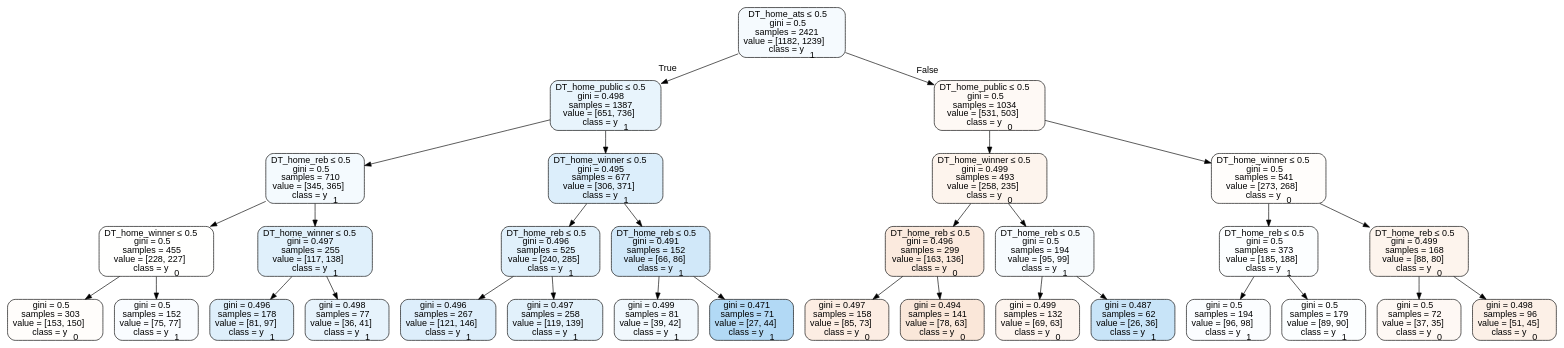
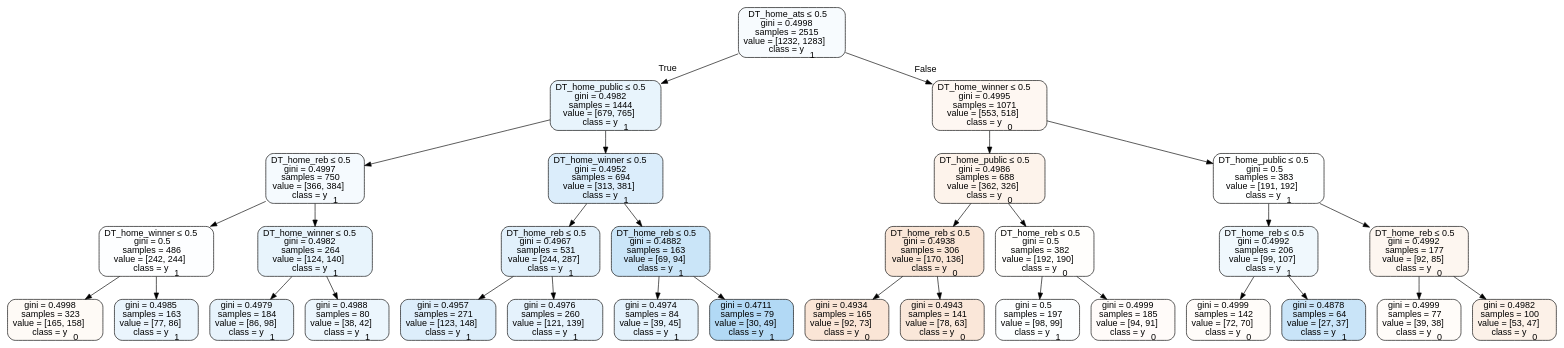
Before and after one commit to usbogie/ncaa-bets: the diagram in Basketball/data/trees/tree2012neutral.dot, drawn with Graphviz. The commit also changed 41 other files, not shown here.

```diff
--- a/Basketball/data/trees/tree2012neutral.dot
+++ b/Basketball/data/trees/tree2012neutral.dot
@@ -1,65 +1,65 @@
 digraph Tree {
 node [shape=box, style="filled, rounded", color="black", fontname=helvetica] ;
 edge [fontname=helvetica] ;
-0 [label=<DT_home_ats &le; 0.5<br/>gini = 0.5<br/>samples = 2421<br/>value = [1182, 1239]<br/>class = y<SUB>1</SUB>>, fillcolor="#399de50c"] ;
-1 [label=<DT_home_public &le; 0.5<br/>gini = 0.498<br/>samples = 1387<br/>value = [651, 736]<br/>class = y<SUB>1</SUB>>, fillcolor="#399de51d"] ;
+0 [label=<DT_home_ats &le; 0.5<br/>gini = 0.4998<br/>samples = 2515<br/>value = [1232, 1283]<br/>class = y<SUB>1</SUB>>, fillcolor="#399de50a"] ;
+1 [label=<DT_home_public &le; 0.5<br/>gini = 0.4982<br/>samples = 1444<br/>value = [679, 765]<br/>class = y<SUB>1</SUB>>, fillcolor="#399de51d"] ;
 0 -> 1 [labeldistance=2.5, labelangle=45, headlabel="True"] ;
-2 [label=<DT_home_reb &le; 0.5<br/>gini = 0.5<br/>samples = 710<br/>value = [345, 365]<br/>class = y<SUB>1</SUB>>, fillcolor="#399de50e"] ;
+2 [label=<DT_home_reb &le; 0.5<br/>gini = 0.4997<br/>samples = 750<br/>value = [366, 384]<br/>class = y<SUB>1</SUB>>, fillcolor="#399de50c"] ;
 1 -> 2 ;
-3 [label=<DT_home_winner &le; 0.5<br/>gini = 0.5<br/>samples = 455<br/>value = [228, 227]<br/>class = y<SUB>0</SUB>>, fillcolor="#e5813901"] ;
+3 [label=<DT_home_winner &le; 0.5<br/>gini = 0.5<br/>samples = 486<br/>value = [242, 244]<br/>class = y<SUB>1</SUB>>, fillcolor="#399de502"] ;
 2 -> 3 ;
-4 [label=<gini = 0.5<br/>samples = 303<br/>value = [153, 150]<br/>class = y<SUB>0</SUB>>, fillcolor="#e5813905"] ;
+4 [label=<gini = 0.4998<br/>samples = 323<br/>value = [165, 158]<br/>class = y<SUB>0</SUB>>, fillcolor="#e581390b"] ;
 3 -> 4 ;
-5 [label=<gini = 0.5<br/>samples = 152<br/>value = [75, 77]<br/>class = y<SUB>1</SUB>>, fillcolor="#399de507"] ;
+5 [label=<gini = 0.4985<br/>samples = 163<br/>value = [77, 86]<br/>class = y<SUB>1</SUB>>, fillcolor="#399de51b"] ;
 3 -> 5 ;
-6 [label=<DT_home_winner &le; 0.5<br/>gini = 0.497<br/>samples = 255<br/>value = [117, 138]<br/>class = y<SUB>1</SUB>>, fillcolor="#399de527"] ;
+6 [label=<DT_home_winner &le; 0.5<br/>gini = 0.4982<br/>samples = 264<br/>value = [124, 140]<br/>class = y<SUB>1</SUB>>, fillcolor="#399de51d"] ;
 2 -> 6 ;
-7 [label=<gini = 0.496<br/>samples = 178<br/>value = [81, 97]<br/>class = y<SUB>1</SUB>>, fillcolor="#399de52a"] ;
+7 [label=<gini = 0.4979<br/>samples = 184<br/>value = [86, 98]<br/>class = y<SUB>1</SUB>>, fillcolor="#399de51f"] ;
 6 -> 7 ;
-8 [label=<gini = 0.498<br/>samples = 77<br/>value = [36, 41]<br/>class = y<SUB>1</SUB>>, fillcolor="#399de51f"] ;
+8 [label=<gini = 0.4988<br/>samples = 80<br/>value = [38, 42]<br/>class = y<SUB>1</SUB>>, fillcolor="#399de518"] ;
 6 -> 8 ;
-9 [label=<DT_home_winner &le; 0.5<br/>gini = 0.495<br/>samples = 677<br/>value = [306, 371]<br/>class = y<SUB>1</SUB>>, fillcolor="#399de52d"] ;
+9 [label=<DT_home_winner &le; 0.5<br/>gini = 0.4952<br/>samples = 694<br/>value = [313, 381]<br/>class = y<SUB>1</SUB>>, fillcolor="#399de52e"] ;
 1 -> 9 ;
-10 [label=<DT_home_reb &le; 0.5<br/>gini = 0.496<br/>samples = 525<br/>value = [240, 285]<br/>class = y<SUB>1</SUB>>, fillcolor="#399de528"] ;
+10 [label=<DT_home_reb &le; 0.5<br/>gini = 0.4967<br/>samples = 531<br/>value = [244, 287]<br/>class = y<SUB>1</SUB>>, fillcolor="#399de526"] ;
 9 -> 10 ;
-11 [label=<gini = 0.496<br/>samples = 267<br/>value = [121, 146]<br/>class = y<SUB>1</SUB>>, fillcolor="#399de52c"] ;
+11 [label=<gini = 0.4957<br/>samples = 271<br/>value = [123, 148]<br/>class = y<SUB>1</SUB>>, fillcolor="#399de52b"] ;
 10 -> 11 ;
-12 [label=<gini = 0.497<br/>samples = 258<br/>value = [119, 139]<br/>class = y<SUB>1</SUB>>, fillcolor="#399de525"] ;
+12 [label=<gini = 0.4976<br/>samples = 260<br/>value = [121, 139]<br/>class = y<SUB>1</SUB>>, fillcolor="#399de521"] ;
 10 -> 12 ;
-13 [label=<DT_home_reb &le; 0.5<br/>gini = 0.491<br/>samples = 152<br/>value = [66, 86]<br/>class = y<SUB>1</SUB>>, fillcolor="#399de53b"] ;
+13 [label=<DT_home_reb &le; 0.5<br/>gini = 0.4882<br/>samples = 163<br/>value = [69, 94]<br/>class = y<SUB>1</SUB>>, fillcolor="#399de544"] ;
 9 -> 13 ;
-14 [label=<gini = 0.499<br/>samples = 81<br/>value = [39, 42]<br/>class = y<SUB>1</SUB>>, fillcolor="#399de512"] ;
+14 [label=<gini = 0.4974<br/>samples = 84<br/>value = [39, 45]<br/>class = y<SUB>1</SUB>>, fillcolor="#399de522"] ;
 13 -> 14 ;
-15 [label=<gini = 0.471<br/>samples = 71<br/>value = [27, 44]<br/>class = y<SUB>1</SUB>>, fillcolor="#399de563"] ;
+15 [label=<gini = 0.4711<br/>samples = 79<br/>value = [30, 49]<br/>class = y<SUB>1</SUB>>, fillcolor="#399de563"] ;
 13 -> 15 ;
-16 [label=<DT_home_public &le; 0.5<br/>gini = 0.5<br/>samples = 1034<br/>value = [531, 503]<br/>class = y<SUB>0</SUB>>, fillcolor="#e581390d"] ;
+16 [label=<DT_home_winner &le; 0.5<br/>gini = 0.4995<br/>samples = 1071<br/>value = [553, 518]<br/>class = y<SUB>0</SUB>>, fillcolor="#e5813910"] ;
 0 -> 16 [labeldistance=2.5, labelangle=-45, headlabel="False"] ;
-17 [label=<DT_home_winner &le; 0.5<br/>gini = 0.499<br/>samples = 493<br/>value = [258, 235]<br/>class = y<SUB>0</SUB>>, fillcolor="#e5813917"] ;
+17 [label=<DT_home_public &le; 0.5<br/>gini = 0.4986<br/>samples = 688<br/>value = [362, 326]<br/>class = y<SUB>0</SUB>>, fillcolor="#e5813919"] ;
 16 -> 17 ;
-18 [label=<DT_home_reb &le; 0.5<br/>gini = 0.496<br/>samples = 299<br/>value = [163, 136]<br/>class = y<SUB>0</SUB>>, fillcolor="#e581392a"] ;
+18 [label=<DT_home_reb &le; 0.5<br/>gini = 0.4938<br/>samples = 306<br/>value = [170, 136]<br/>class = y<SUB>0</SUB>>, fillcolor="#e5813933"] ;
 17 -> 18 ;
-19 [label=<gini = 0.497<br/>samples = 158<br/>value = [85, 73]<br/>class = y<SUB>0</SUB>>, fillcolor="#e5813924"] ;
+19 [label=<gini = 0.4934<br/>samples = 165<br/>value = [92, 73]<br/>class = y<SUB>0</SUB>>, fillcolor="#e5813935"] ;
 18 -> 19 ;
-20 [label=<gini = 0.494<br/>samples = 141<br/>value = [78, 63]<br/>class = y<SUB>0</SUB>>, fillcolor="#e5813931"] ;
+20 [label=<gini = 0.4943<br/>samples = 141<br/>value = [78, 63]<br/>class = y<SUB>0</SUB>>, fillcolor="#e5813931"] ;
 18 -> 20 ;
-21 [label=<DT_home_reb &le; 0.5<br/>gini = 0.5<br/>samples = 194<br/>value = [95, 99]<br/>class = y<SUB>1</SUB>>, fillcolor="#399de50a"] ;
+21 [label=<DT_home_reb &le; 0.5<br/>gini = 0.5<br/>samples = 382<br/>value = [192, 190]<br/>class = y<SUB>0</SUB>>, fillcolor="#e5813903"] ;
 17 -> 21 ;
-22 [label=<gini = 0.499<br/>samples = 132<br/>value = [69, 63]<br/>class = y<SUB>0</SUB>>, fillcolor="#e5813916"] ;
+22 [label=<gini = 0.5<br/>samples = 197<br/>value = [98, 99]<br/>class = y<SUB>1</SUB>>, fillcolor="#399de503"] ;
 21 -> 22 ;
-23 [label=<gini = 0.487<br/>samples = 62<br/>value = [26, 36]<br/>class = y<SUB>1</SUB>>, fillcolor="#399de547"] ;
+23 [label=<gini = 0.4999<br/>samples = 185<br/>value = [94, 91]<br/>class = y<SUB>0</SUB>>, fillcolor="#e5813908"] ;
 21 -> 23 ;
-24 [label=<DT_home_winner &le; 0.5<br/>gini = 0.5<br/>samples = 541<br/>value = [273, 268]<br/>class = y<SUB>0</SUB>>, fillcolor="#e5813905"] ;
+24 [label=<DT_home_public &le; 0.5<br/>gini = 0.5<br/>samples = 383<br/>value = [191, 192]<br/>class = y<SUB>1</SUB>>, fillcolor="#399de501"] ;
 16 -> 24 ;
-25 [label=<DT_home_reb &le; 0.5<br/>gini = 0.5<br/>samples = 373<br/>value = [185, 188]<br/>class = y<SUB>1</SUB>>, fillcolor="#399de504"] ;
+25 [label=<DT_home_reb &le; 0.5<br/>gini = 0.4992<br/>samples = 206<br/>value = [99, 107]<br/>class = y<SUB>1</SUB>>, fillcolor="#399de513"] ;
 24 -> 25 ;
-26 [label=<gini = 0.5<br/>samples = 194<br/>value = [96, 98]<br/>class = y<SUB>1</SUB>>, fillcolor="#399de505"] ;
+26 [label=<gini = 0.4999<br/>samples = 142<br/>value = [72, 70]<br/>class = y<SUB>0</SUB>>, fillcolor="#e5813907"] ;
 25 -> 26 ;
-27 [label=<gini = 0.5<br/>samples = 179<br/>value = [89, 90]<br/>class = y<SUB>1</SUB>>, fillcolor="#399de503"] ;
+27 [label=<gini = 0.4878<br/>samples = 64<br/>value = [27, 37]<br/>class = y<SUB>1</SUB>>, fillcolor="#399de545"] ;
 25 -> 27 ;
-28 [label=<DT_home_reb &le; 0.5<br/>gini = 0.499<br/>samples = 168<br/>value = [88, 80]<br/>class = y<SUB>0</SUB>>, fillcolor="#e5813917"] ;
+28 [label=<DT_home_reb &le; 0.5<br/>gini = 0.4992<br/>samples = 177<br/>value = [92, 85]<br/>class = y<SUB>0</SUB>>, fillcolor="#e5813913"] ;
 24 -> 28 ;
-29 [label=<gini = 0.5<br/>samples = 72<br/>value = [37, 35]<br/>class = y<SUB>0</SUB>>, fillcolor="#e581390e"] ;
+29 [label=<gini = 0.4999<br/>samples = 77<br/>value = [39, 38]<br/>class = y<SUB>0</SUB>>, fillcolor="#e5813907"] ;
 28 -> 29 ;
-30 [label=<gini = 0.498<br/>samples = 96<br/>value = [51, 45]<br/>class = y<SUB>0</SUB>>, fillcolor="#e581391e"] ;
+30 [label=<gini = 0.4982<br/>samples = 100<br/>value = [53, 47]<br/>class = y<SUB>0</SUB>>, fillcolor="#e581391d"] ;
 28 -> 30 ;
 }
```
